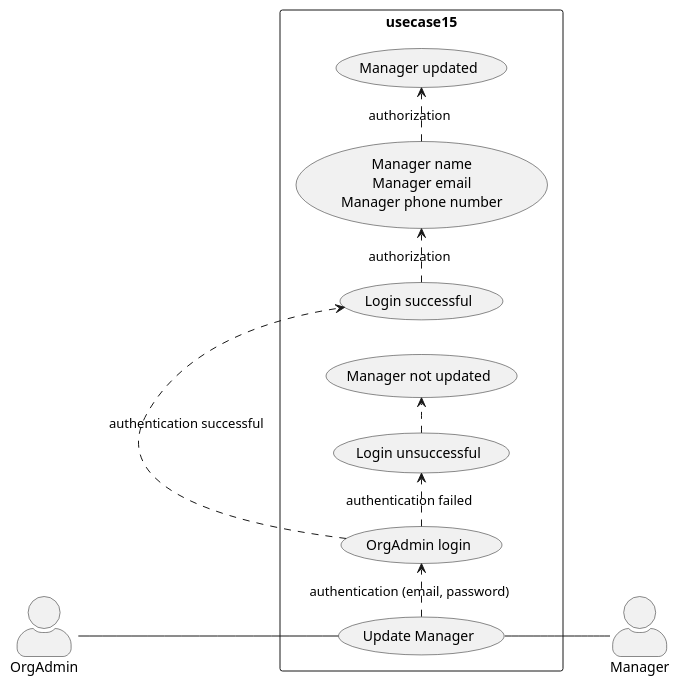
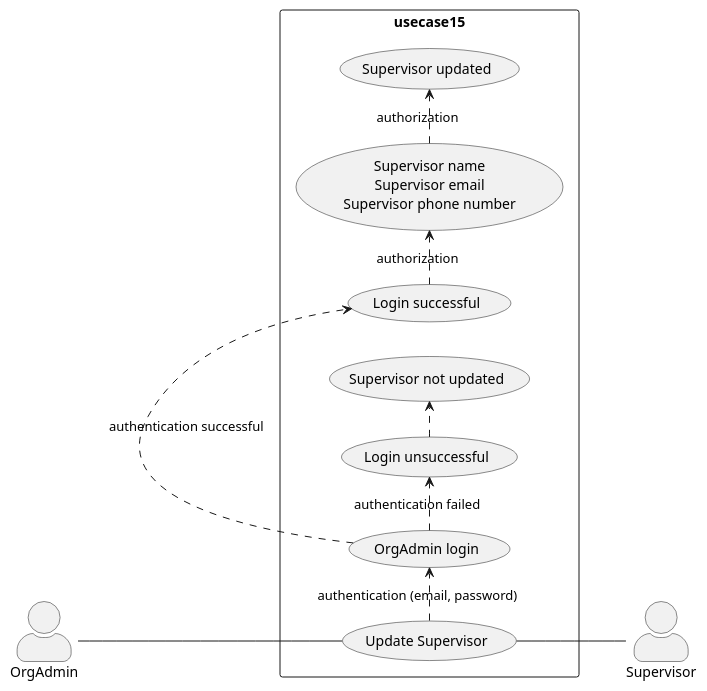
Before and after one commit to wawerualbert/CodeHub: the diagram in 15_org_admin_usecase15.wsd, drawn with PlantUML. The commit also changed 6 other files, not shown here.

Commit message:
switch supervisor and manager

```diff
--- a/15_org_admin_usecase15.wsd
+++ b/15_org_admin_usecase15.wsd
@@ -1,21 +1,21 @@
-@startuml OrgAdmin Update Manager
+@startuml OrgAdmin Update Supervisor
 
 skinparam actorStyle awesome
 left to right direction
 skinparam packageStyle rectangle
 
 actor OrgAdmin
-actor Manager
+actor Supervisor
 
 rectangle usecase15{
-  OrgAdmin-- (Update Manager)
-  (Update Manager) .> (OrgAdmin login) : authentication (email, password)
+  OrgAdmin-- (Update Supervisor)
+  (Update Supervisor) .> (OrgAdmin login) : authentication (email, password)
   (OrgAdmin login) .> (Login successful) : authentication successful
-  (Login successful) .> (Manager name\nManager email\nManager phone number) : authorization
-  (Manager name\nManager email\nManager phone number) .> (Manager updated) : authorization 
+  (Login successful) .> (Supervisor name\nSupervisor email\nSupervisor phone number) : authorization
+  (Supervisor name\nSupervisor email\nSupervisor phone number) .> (Supervisor updated) : authorization 
   (OrgAdmin login) .> (Login unsuccessful) : authentication failed
-  (Login unsuccessful) .> (Manager not updated)  
-  (Update Manager)-- Manager
+  (Login unsuccessful) .> (Supervisor not updated)  
+  (Update Supervisor)-- Supervisor
 }
 
 @enduml
```
